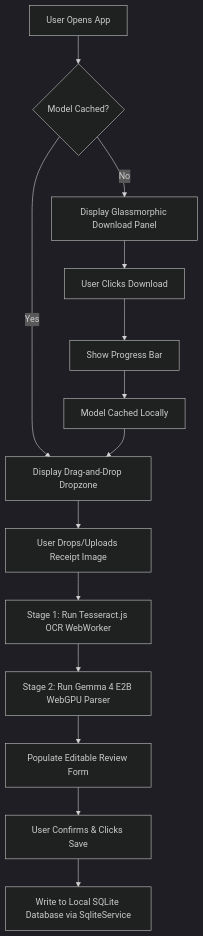
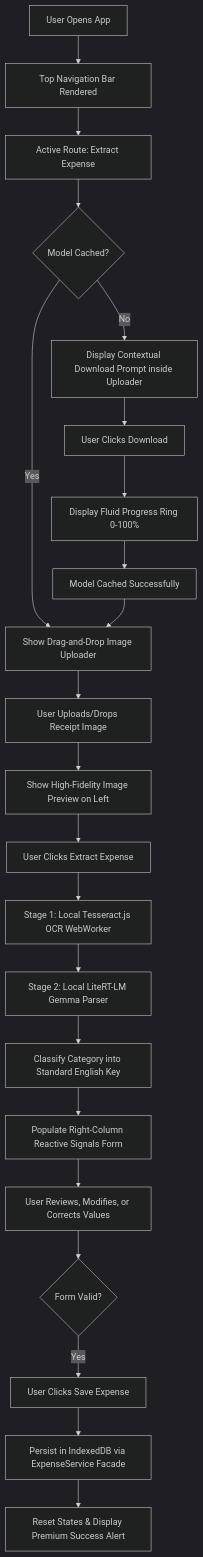
The diagram in .scratch/receipt-analyzer/spec.md (railsstudent/ng-on-device-expense-tracker), drawn with Mermaid (dark theme) before and after one commit. The commit also changed other lines of this file and 1 other file, not shown here.

Commit message:
feat: extract expense ui

````diff
--- a/.scratch/receipt-analyzer/spec.md
+++ b/.scratch/receipt-analyzer/spec.md
@@ -17,16 +19,24 @@
 ```mermaid
 graph TD
-    A[User Opens App] --> B{Model Cached?}
-    B -- No --> C[Display Glassmorphic Download Panel]
-    C --> D[User Clicks Download]
-    D --> E[Show Progress Bar]
-    E --> F[Model Cached Locally]
-    B -- Yes --> G[Display Drag-and-Drop Dropzone]
-    F --> G
-    G --> H[User Drops/Uploads Receipt Image]
-    H --> I[Stage 1: Run Tesseract.js OCR WebWorker]
-    I --> J[Stage 2: Run Gemma 4 E2B WebGPU Parser]
-    J --> K[Populate Editable Review Form]
-    K --> L[User Confirms & Clicks Save]
-    L --> M[Write to Local SQLite Database via SqliteService]
+    A[User Opens App] --> B[Top Navigation Bar Rendered]
+    B --> C[Active Route: Extract Expense]
+    C --> D{Model Cached?}
+    D -- No --> E[Display Contextual Download Prompt inside Uploader]
+    E --> F[User Clicks Download]
+    F --> G[Display Fluid Progress Ring 0-100%]
+    G --> H[Model Cached Successfully]
+    D -- Yes --> I[Show Drag-and-Drop Image Uploader]
+    H --> I
+    I --> J[User Uploads/Drops Receipt Image]
+    J --> K[Show High-Fidelity Image Preview on Left]
+    K --> L[User Clicks Extract Expense]
+    L --> M[Stage 1: Local Tesseract.js OCR WebWorker]
+    M --> N[Stage 2: Local LiteRT-LM Gemma Parser]
+    N --> O[Classify Category into Standard English Key]
+    O --> P[Populate Right-Column Reactive Signals Form]
+    P --> Q[User Reviews, Modifies, or Corrects Values]
+    Q --> R{Form Valid?}
+    R -- Yes --> S[User Clicks Save Expense]
+    S --> T[Persist in IndexedDB via ExpenseService Facade]
+    T --> U[Reset States & Display Premium Success Alert]
 ```
````
